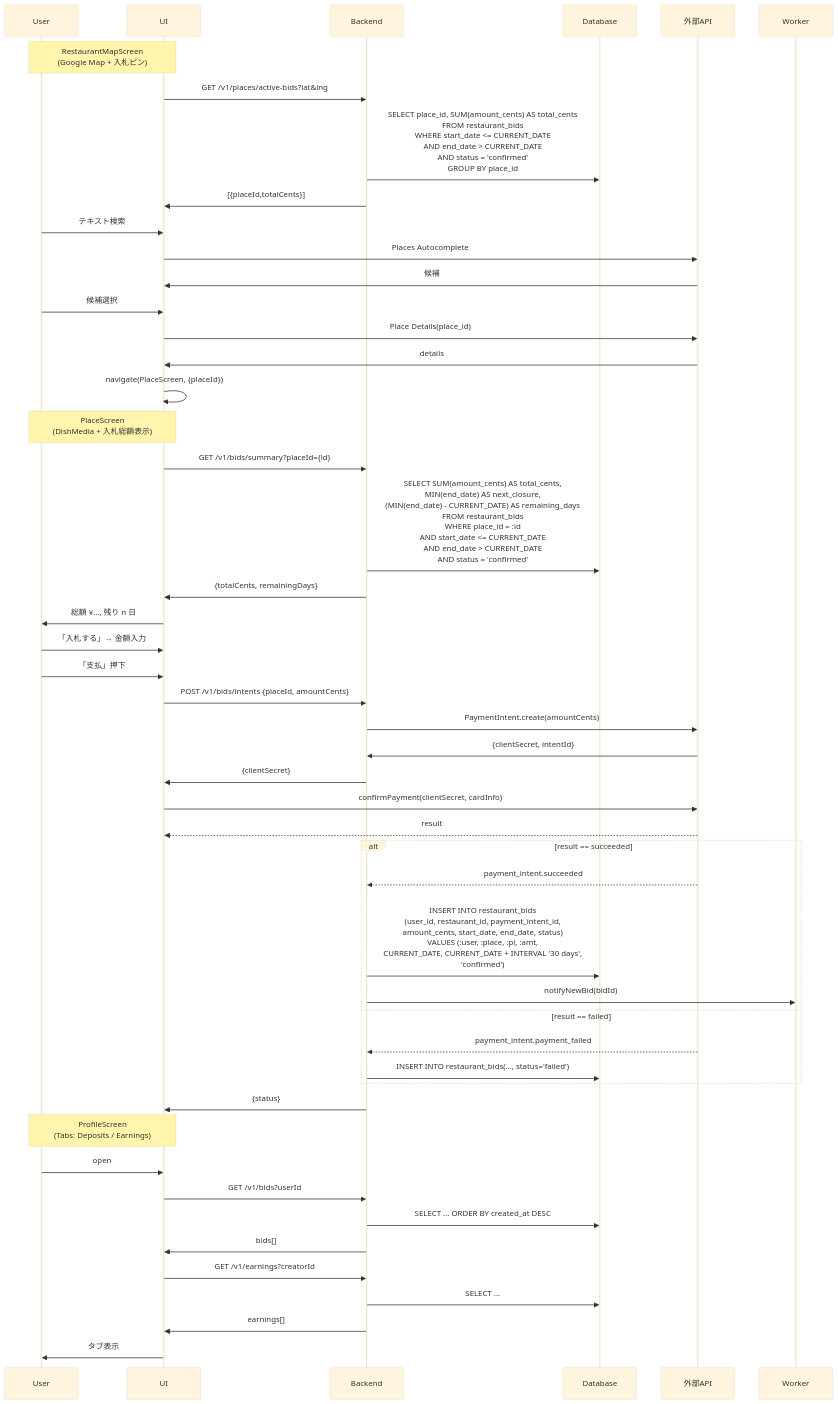
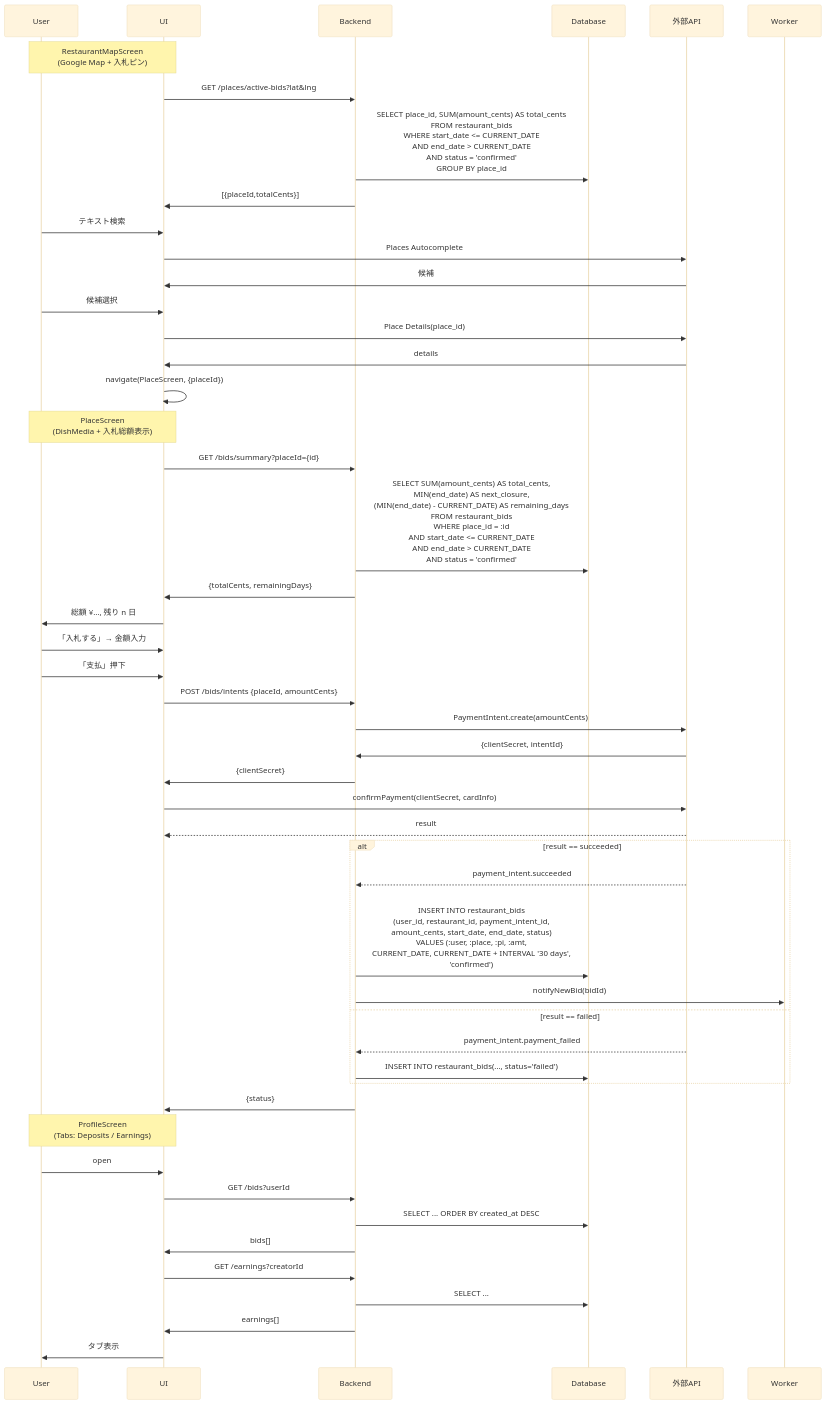
One commit to Ayato-kosaka/nanitabeyo changed the diagram in docs/sequence/ads_bidding.mmd. Above: the diagram before and after it, drawn with Mermaid (base theme). The commit also changed 2 other files, not shown here.

Commit message:
feature sequence

```diff
--- a/docs/sequence/ads_bidding.mmd
+++ b/docs/sequence/ads_bidding.mmd
@@ -1,60 +1,60 @@
 sequenceDiagram
     participant User
     participant UI
     participant Backend
     participant Database
     %% (Stripe / Google Places)
     participant ExternalAPI as 外部API  
     %% BullMQ / queue
     participant Worker     
 %% ─────────────────────────────────────────────────────────────────────────
     Note over User,UI: RestaurantMapScreen<br>(Google Map + 入札ピン)
-    UI ->> Backend: GET /v1/places/active-bids?lat&lng
+    UI ->> Backend: GET /places/active-bids?lat&lng
         Backend ->> Database: SELECT place_id, SUM(amount_cents) AS total_cents<br>FROM restaurant_bids<br>WHERE start_date <= CURRENT_DATE<br>AND end_date   >  CURRENT_DATE<br>AND status = 'confirmed'<br>GROUP BY place_id;
         Backend ->> UI: [{placeId,totalCents}]
     User ->> UI: テキスト検索
         UI ->> ExternalAPI: Places Autocomplete
             ExternalAPI ->> UI: 候補
     User ->> UI: 候補選択
         UI ->> ExternalAPI: Place Details(place_id)
             ExternalAPI ->> UI: details
         UI ->> UI: navigate(PlaceScreen, {placeId})
 
 %% ─────────────────────────────────────────────────────────────
     Note over User,UI: PlaceScreen<br>(DishMedia + 入札総額表示)
-    UI ->> Backend: GET /v1/bids/summary?placeId={id}
+    UI ->> Backend: GET /bids/summary?placeId={id}
         Backend ->> Database: SELECT SUM(amount_cents)  AS total_cents,<br>MIN(end_date)      AS next_closure,<br>(MIN(end_date) - CURRENT_DATE) AS remaining_days<br>FROM restaurant_bids<br>WHERE place_id = :id<br>AND start_date <= CURRENT_DATE<br>AND end_date   >  CURRENT_DATE<br>AND status = 'confirmed';
         Backend ->> UI: {totalCents, remainingDays}
         UI ->> User: 総額 ¥…, 残り n 日
     User ->> UI: 「入札する」→ 金額入力
     User ->> UI: 「支払」押下
         %% PaymentIntent 発行
-        UI ->> Backend: POST /v1/bids/intents {placeId, amountCents}
+        UI ->> Backend: POST /bids/intents {placeId, amountCents}
             Backend ->> ExternalAPI: PaymentIntent.create(amountCents)
                 ExternalAPI ->> Backend: {clientSecret, intentId}
             Backend ->> UI: {clientSecret}
         %% カード決済
         UI ->> ExternalAPI: confirmPayment(clientSecret, cardInfo)
             ExternalAPI -->> UI: result
     alt result == succeeded
         %% Stripe Webhook
         ExternalAPI -->> Backend: payment_intent.succeeded
             Backend ->> Database: <br>INSERT INTO restaurant_bids<br>(user_id, restaurant_id, payment_intent_id,<br>amount_cents, start_date, end_date, status)<br>VALUES (:user, :place, :pi, :amt,<br>CURRENT_DATE, CURRENT_DATE + INTERVAL '30 days',<br>'confirmed');
             %% 通知キュー
             Backend ->> Worker: notifyNewBid(bidId)
     else result == failed
         ExternalAPI -->> Backend: payment_intent.payment_failed
             Backend ->> Database: INSERT INTO restaurant_bids(..., status='failed')
     end
     Backend ->> UI: {status}
 
 %% ─────────────────────────────────────────────────────────────
     Note over User,UI: ProfileScreen<br>(Tabs: Deposits / Earnings)
     User ->> UI: open
-        UI ->> Backend: GET /v1/bids?userId
+        UI ->> Backend: GET /bids?userId
             Backend ->> Database: SELECT ... ORDER BY created_at DESC
             Backend ->> UI: bids[]
-        UI ->> Backend: GET /v1/earnings?creatorId
+        UI ->> Backend: GET /earnings?creatorId
             Backend ->> Database: SELECT ...
             Backend ->> UI: earnings[]
         UI ->> User: タブ表示
```
